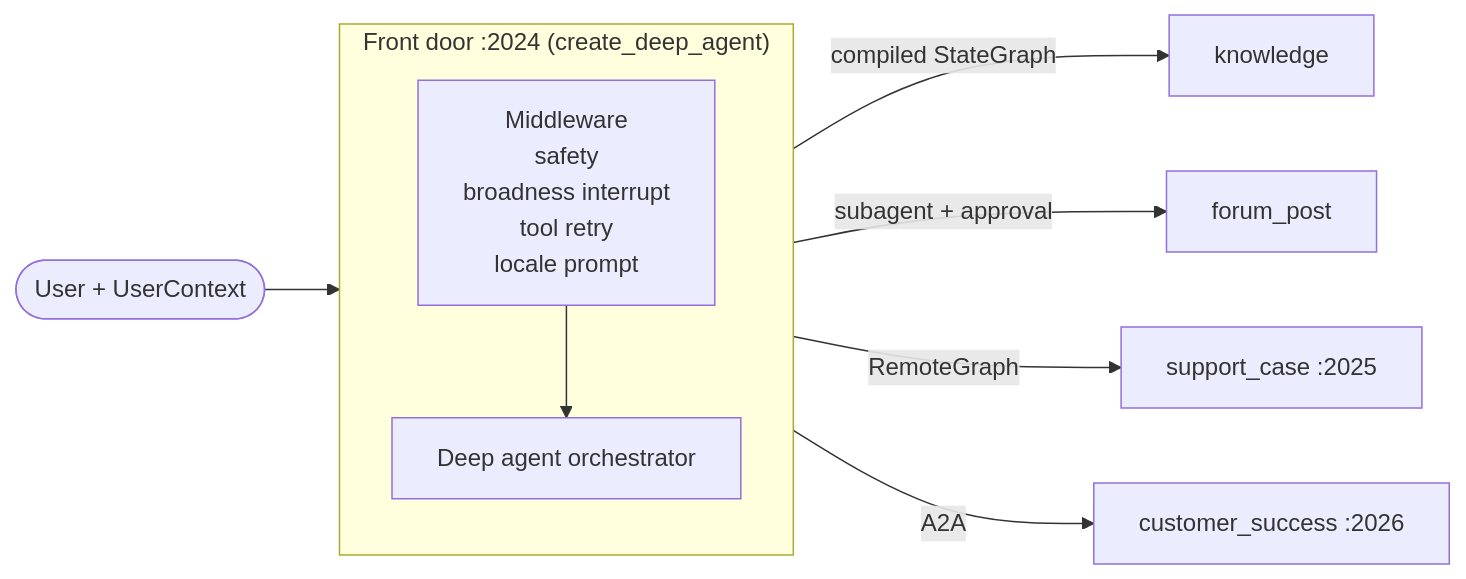
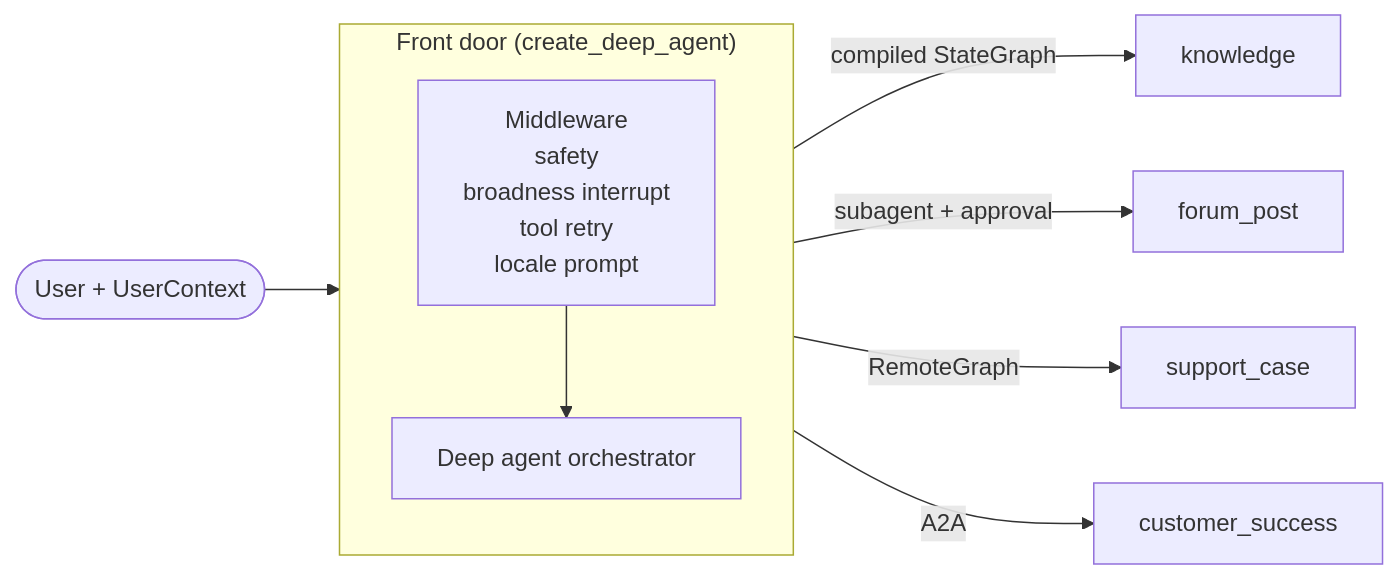
The diagram in docs/img/architecture.mmd (langchain-samples/community-assistant-multi-agent), drawn with Mermaid before and after one commit. The commit also changed 1 other file, not shown here.

Commit message:
docs: drop local ports from the architecture diagram

```diff
--- a/docs/img/architecture.mmd
+++ b/docs/img/architecture.mmd
@@ -1,14 +1,14 @@
 flowchart LR
     user([User + UserContext]) --> FD
 
-    subgraph FD["Front door :2024 (create_deep_agent)"]
+    subgraph FD["Front door (create_deep_agent)"]
         direction TB
         MW["Middleware\nsafety\nbroadness interrupt\ntool retry\nlocale prompt"]
         ORCH["Deep agent orchestrator"]
         MW --> ORCH
     end
 
     ORCH -->|"compiled StateGraph"| K["knowledge"]
     ORCH -->|"subagent + approval"| F["forum_post"]
-    ORCH -->|"RemoteGraph"| SC["support_case :2025"]
-    ORCH -->|"A2A"| CS["customer_success :2026"]
+    ORCH -->|"RemoteGraph"| SC["support_case"]
+    ORCH -->|"A2A"| CS["customer_success"]
```
